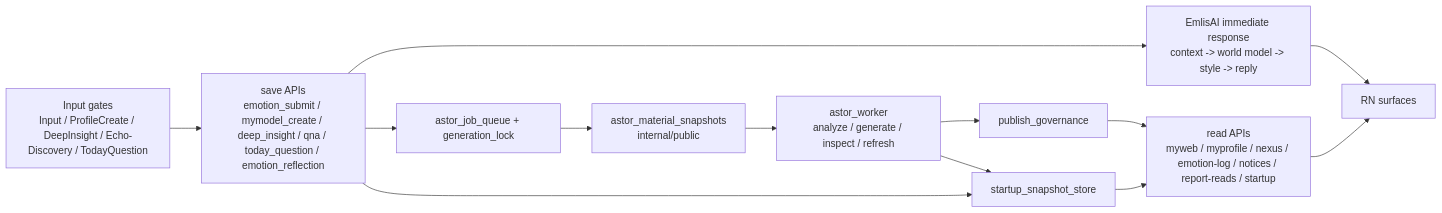
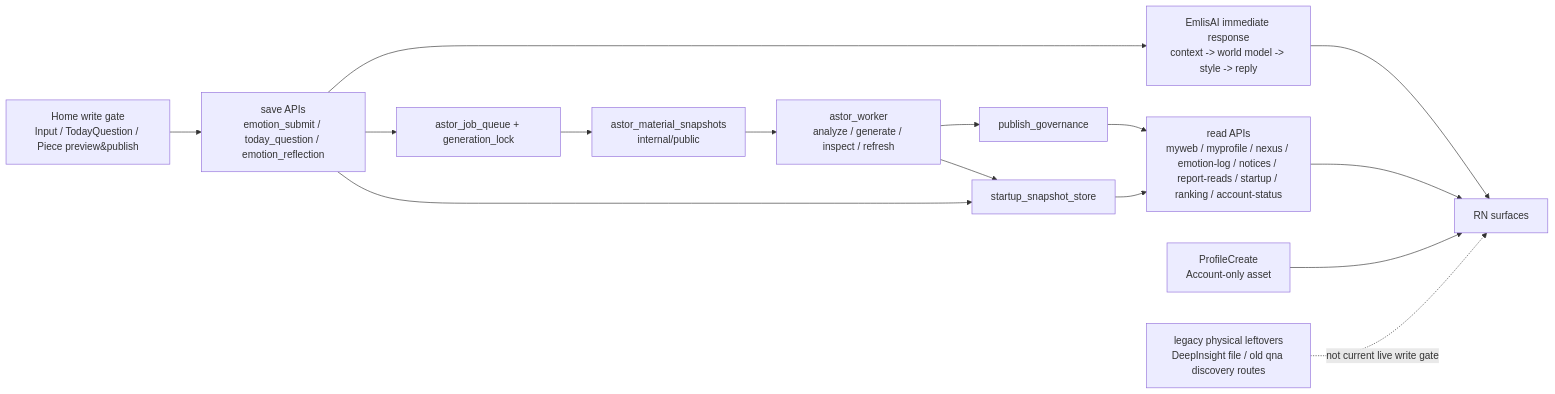
Before and after one commit to MassyuRed/Cocolon: the diagram in Cocolon_前提資料/02_Cocolon_国家システム資料.md, drawn with Mermaid. The commit also changed other lines of this file and 18 other files, not shown here.

````diff
--- a/Cocolon_前提資料/02_Cocolon_国家システム資料.md
+++ b/Cocolon_前提資料/02_Cocolon_国家システム資料.md
@@ -22,20 +22,24 @@
 ```mermaid
 flowchart LR
-  Gates[Input gates\nInput / ProfileCreate / DeepInsight / Echo-Discovery / TodayQuestion]
-  Save[save APIs\nemotion_submit / mymodel_create / deep_insight / qna / today_question / emotion_reflection]
+  Home[Home write gate\nInput / TodayQuestion / Piece preview&publish]
+  Save[save APIs\nemotion_submit / today_question / emotion_reflection]
   Emlis[EmlisAI immediate response\ncontext -> world model -> style -> reply]
   Queue[astor_job_queue + generation_lock]
   Snapshot[astor_material_snapshots\ninternal/public]
   Worker[astor_worker\nanalyze / generate / inspect / refresh]
   Gov[publish_governance]
   Startup[startup_snapshot_store]
-  Read[read APIs\nmyweb / myprofile / nexus / emotion-log / notices / report-reads / startup]
+  Read[read APIs\nmyweb / myprofile / nexus / emotion-log / notices / report-reads / startup / ranking / account-status]
   RN[RN surfaces]
+  AccountAsset[ProfileCreate\nAccount-only asset]
+  Legacy[legacy physical leftovers\nDeepInsight file / old qna discovery routes]
 
-  Gates --> Save
+  Home --> Save
   Save --> Emlis --> RN
   Save --> Queue --> Snapshot --> Worker --> Gov --> Read --> RN
   Save --> Startup
   Worker --> Startup
   Startup --> Read
+  AccountAsset --> RN
+  Legacy -. not current live write gate .-> RN
 ```
````
